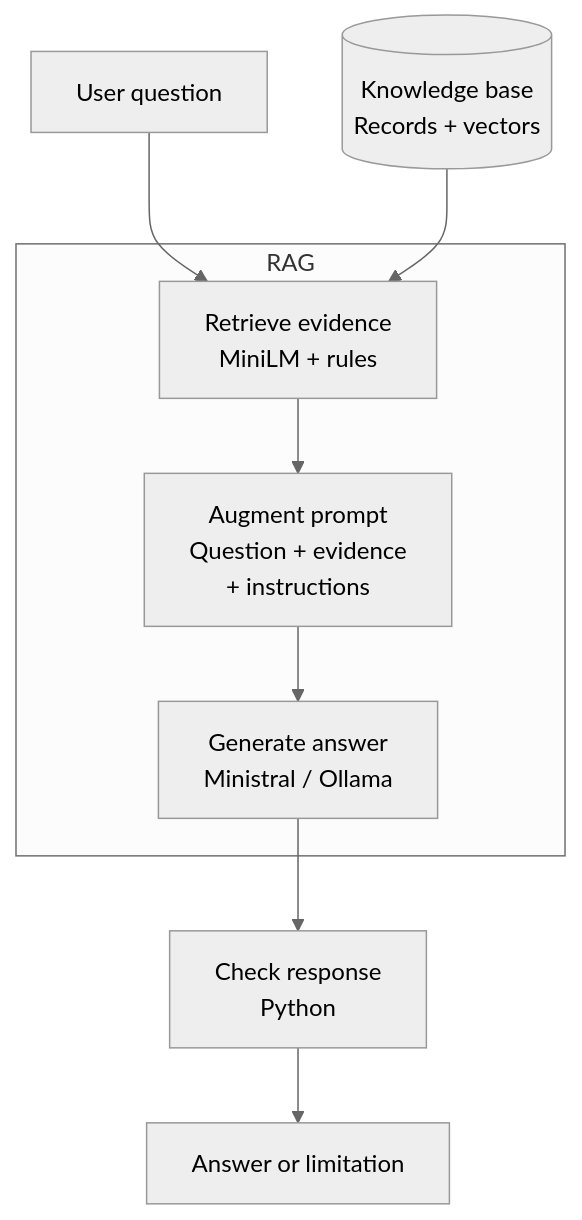
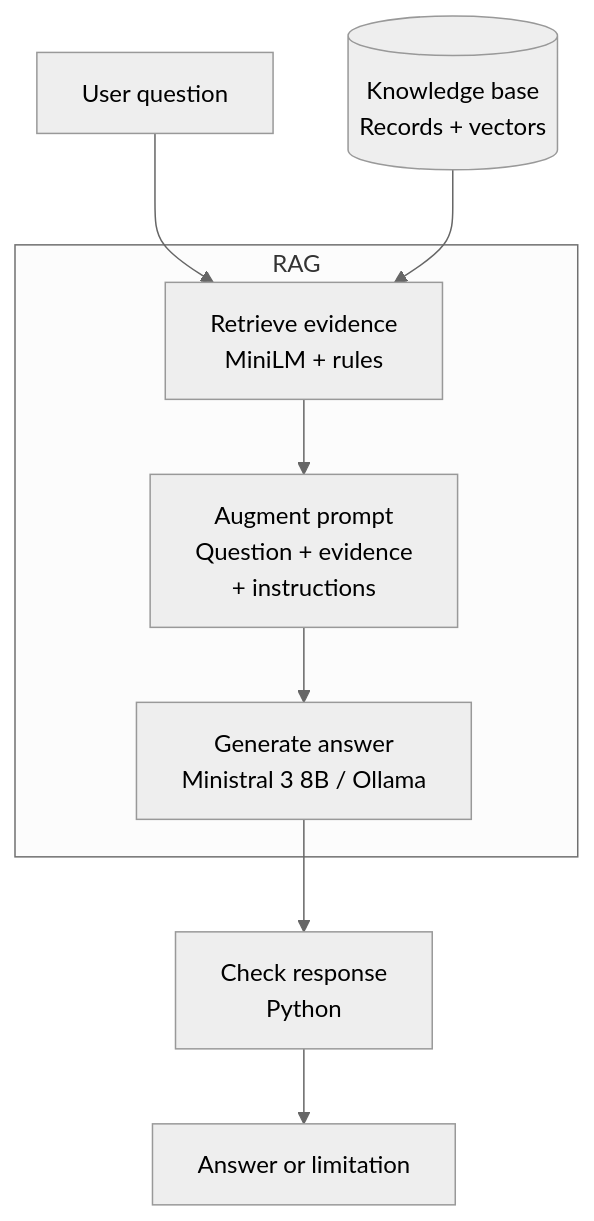
One commit to Kongstad/planetary-scanner changed the first of 6 diagrams in docs/ai-pipeline.md. Above: the diagram before and after it, drawn with Mermaid (neutral theme). The commit also changed other lines of this file and 4 other files, not shown here.

````diff
--- a/docs/ai-pipeline.md
+++ b/docs/ai-pipeline.md
@@ -22,15 +22,15 @@
 ```mermaid
 flowchart TD
     Question[User question] --> Retrieval
     Knowledge[(Knowledge base<br/>Records + vectors)] --> Retrieval
 
     subgraph RAG[RAG]
         Retrieval[Retrieve evidence<br/>MiniLM + rules]
         Augmentation[Augment prompt<br/>Question + evidence<br/>+ instructions]
-        Generation[Generate answer<br/>Ministral / Ollama]
+        Generation[Generate answer<br/>Ministral 3 8B / Ollama]
         Retrieval --> Augmentation --> Generation
     end
 
     Generation --> Validation[Check response<br/>Python]
     Validation --> Response[Answer or limitation]
 ```
````
